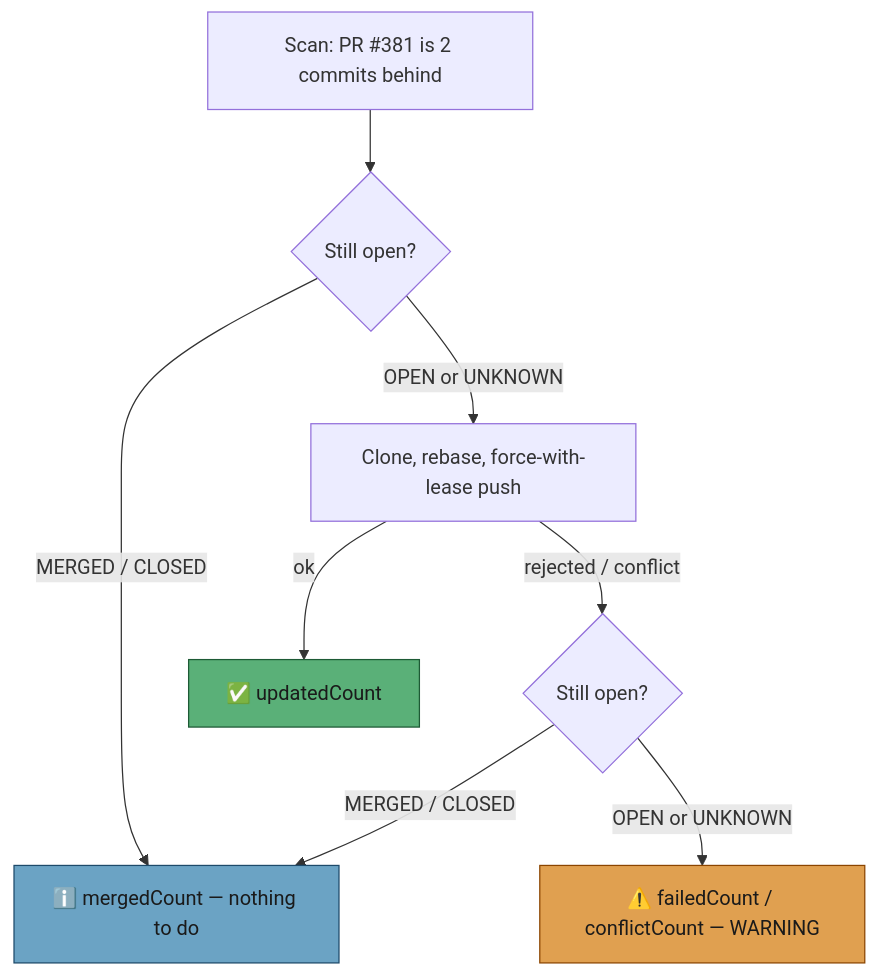
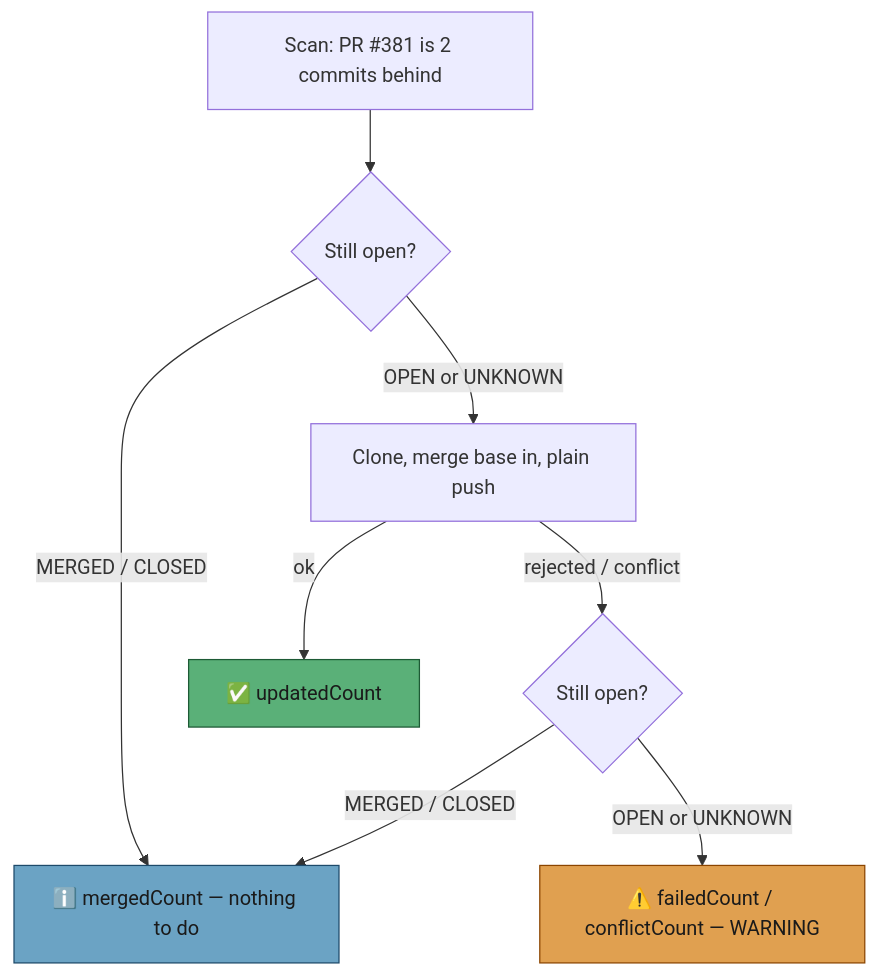
Before and after one commit to stSoftwareAU/VibeCoder: the eighth of 8 diagrams in docs/workflows/pr-feedback.md, drawn with Mermaid. The commit also changed other lines of this file and 4 other files, not shown here.

First line of the commit message:
Docs: branch sync and per-cycle update merge and push, never force (#2807)

````diff
--- a/docs/workflows/pr-feedback.md
+++ b/docs/workflows/pr-feedback.md
@@ -484,13 +491,13 @@
 ```mermaid
 flowchart TD
     Scan["Scan: PR #381 is 2 commits behind"] --> Pre{"Still open?"}
     Pre -->|"MERGED / CLOSED"| NoOp["ℹ️ mergedCount — nothing to do"]
-    Pre -->|"OPEN or UNKNOWN"| Push["Clone, rebase, force-with-lease push"]
+    Pre -->|"OPEN or UNKNOWN"| Push["Clone, merge base in, plain push"]
     Push -->|ok| Done["✅ updatedCount"]
     Push -->|"rejected / conflict"| Post{"Still open?"}
     Post -->|"MERGED / CLOSED"| NoOp
     Post -->|"OPEN or UNKNOWN"| Loud["⚠️ failedCount / conflictCount — WARNING"]
     style NoOp fill:#6ba3c4,stroke:#1d4a6a,color:#1a1a1a
     style Done fill:#5ab078,stroke:#1d5a35,color:#1a1a1a
     style Loud fill:#e0a050,stroke:#8b4500,color:#1a1a1a
 ```
````
